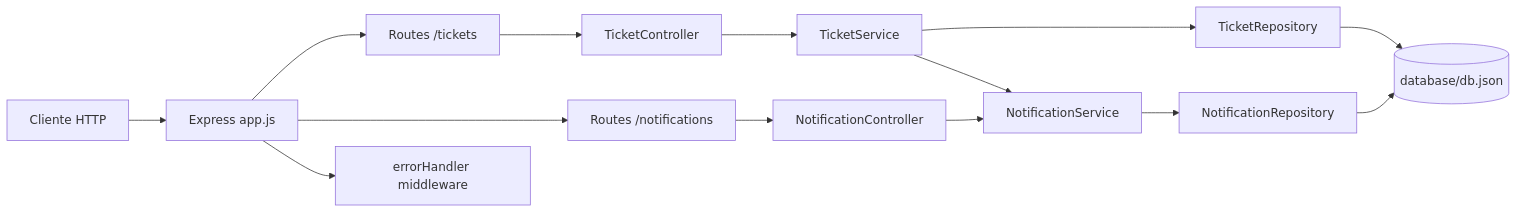
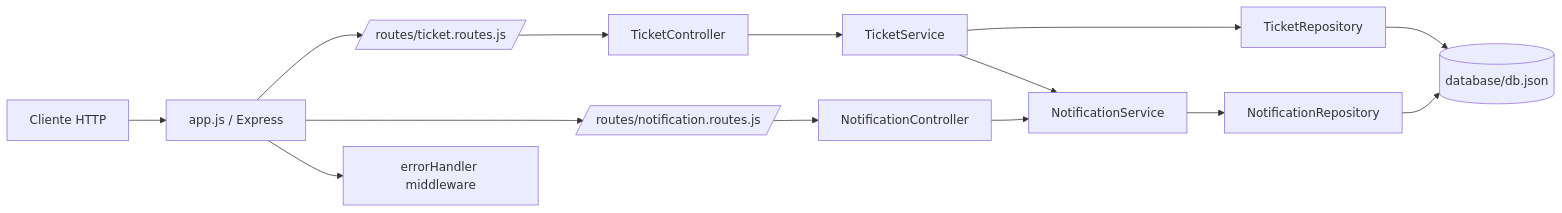
The diagram in README.md (rafaelchuco/api-restful), drawn with Mermaid before and after one commit. The commit also changed other lines of this file and 6 other files, not shown here.

First line of the commit message:
feat: integrate email notifications and update ticket data

````diff
--- a/README.md
+++ b/README.md
@@ -19,16 +61,21 @@
 ```mermaid
 flowchart LR
-    Client[Cliente HTTP] --> App[Express app.js]
-    App --> RT[Routes /tickets]
-    App --> RN[Routes /notifications]
-    RT --> CT[TicketController]
-    RN --> CN[NotificationController]
-    CT --> ST[TicketService]
-    CN --> SN[NotificationService]
-    ST --> REP_T[TicketRepository]
-    ST --> SN
-    SN --> REP_N[NotificationRepository]
-    REP_T --> DB[(database/db.json)]
-    REP_N --> DB
-    App --> EH[errorHandler middleware]
+    Client[Cliente HTTP] --> App[app.js / Express]
+    App --> TicketRoutes[/routes/ticket.routes.js/]
+    App --> NotificationRoutes[/routes/notification.routes.js/]
+
+    TicketRoutes --> TicketController[TicketController]
+    NotificationRoutes --> NotificationController[NotificationController]
+
+    TicketController --> TicketService[TicketService]
+    NotificationController --> NotificationService[NotificationService]
+
+    TicketService --> TicketRepo[TicketRepository]
+    TicketService --> NotificationService
+    NotificationService --> NotificationRepo[NotificationRepository]
+
+    TicketRepo --> DB[(database/db.json)]
+    NotificationRepo --> DB
+
+    App --> ErrorHandler[errorHandler middleware]
 ```
````
